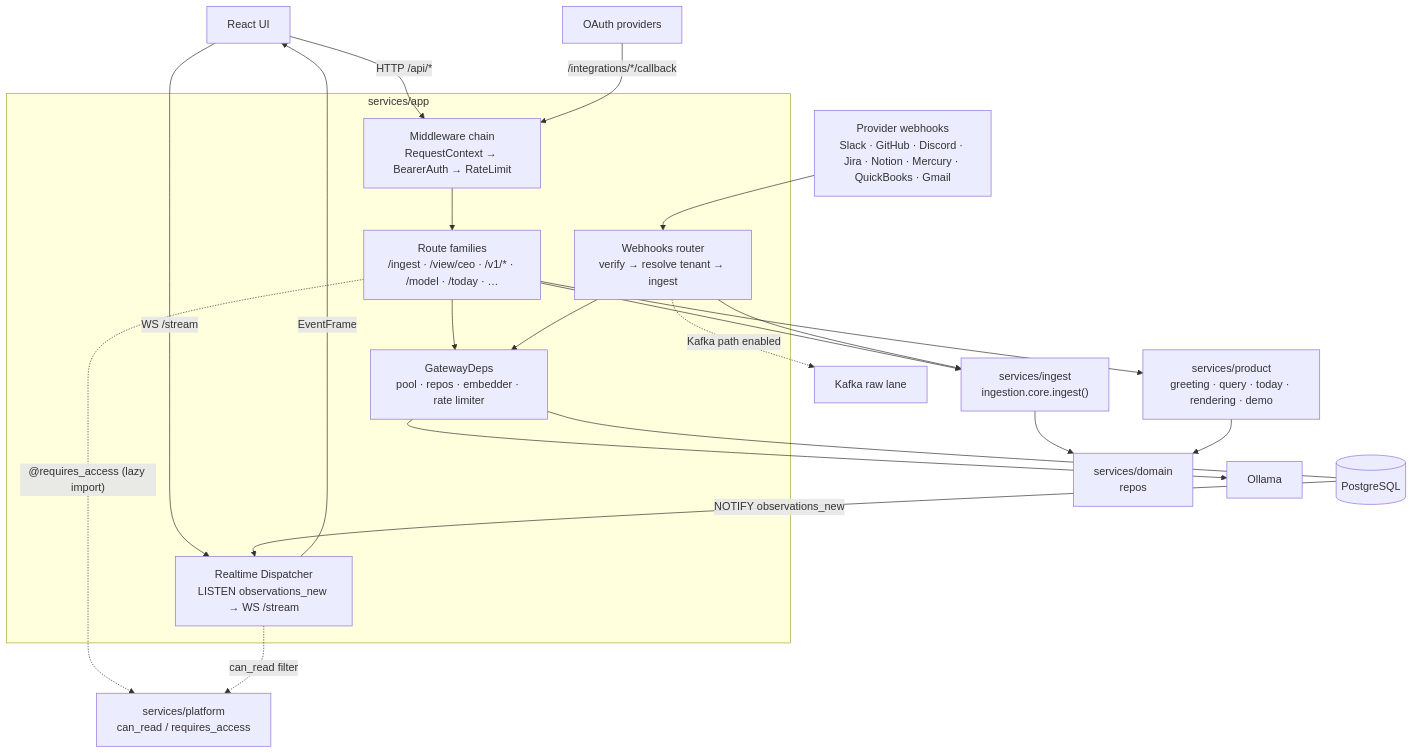
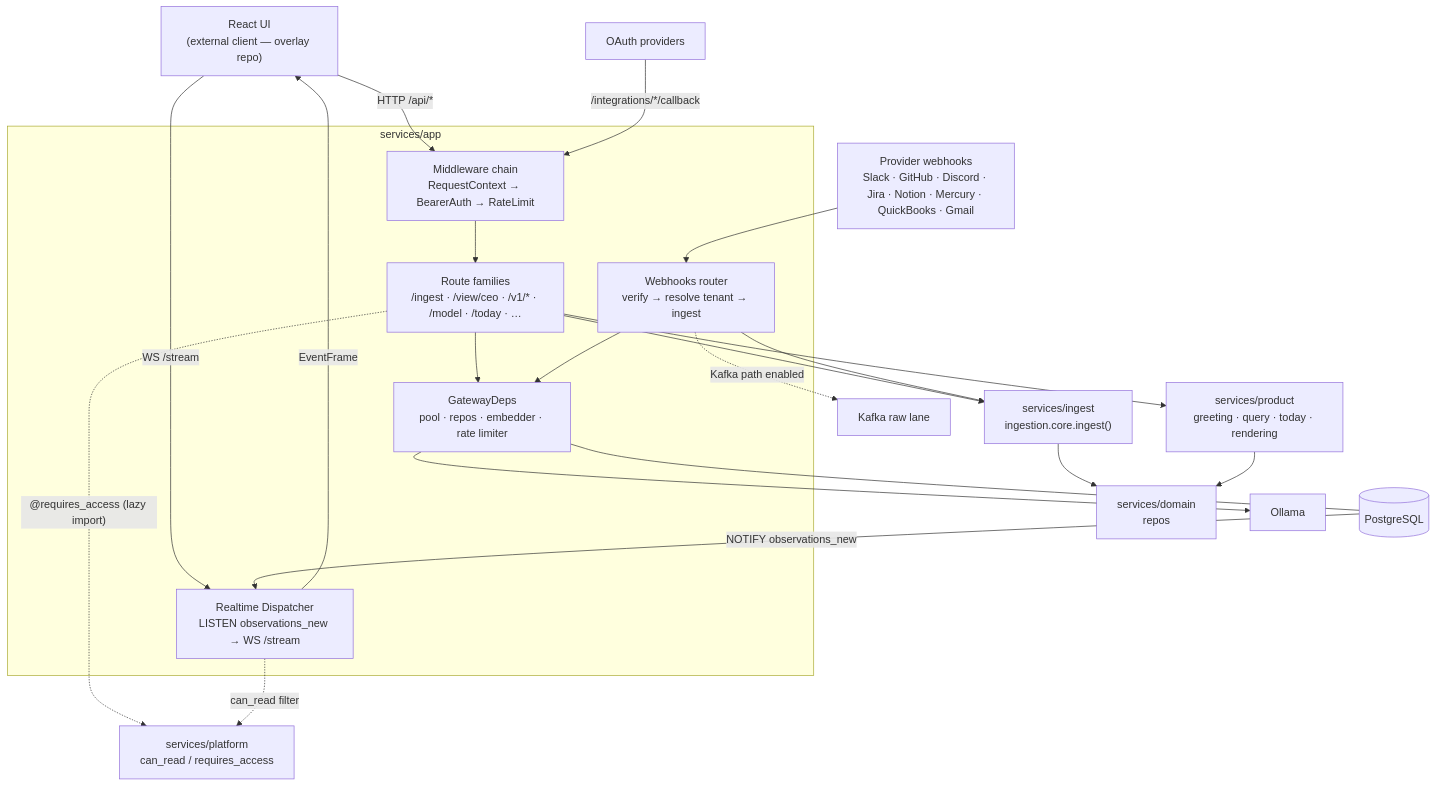
Before and after one commit to Fyralisinc/fyraliscore: the diagram in docs/architecture/app.md, drawn with Mermaid. The commit also changed other lines of this file and 356 other files, not shown here.

````diff
--- a/docs/architecture/app.md
+++ b/docs/architecture/app.md
@@ -54,42 +63,42 @@
 ```mermaid
 graph TD
-    UI["React UI"]
+    UI["React UI<br/>(external client — overlay repo)"]
     HOOKS["Provider webhooks<br/>Slack · GitHub · Discord · Jira · Notion · Mercury · QuickBooks · Gmail"]
     OAUTH["OAuth providers"]
 
     subgraph app["services/app"]
       MW["Middleware chain<br/>RequestContext → BearerAuth → RateLimit"]
       ROUTES["Route families<br/>/ingest · /view/ceo · /v1/* · /model · /today · …"]
       WHR["Webhooks router<br/>verify → resolve tenant → ingest"]
       DISP["Realtime Dispatcher<br/>LISTEN observations_new → WS /stream"]
       DEPS["GatewayDeps<br/>pool · repos · embedder · rate limiter"]
     end
 
     INGEST["services/ingest<br/>ingestion.core.ingest()"]
-    PRODUCT["services/product<br/>greeting · query · today · rendering · demo"]
+    PRODUCT["services/product<br/>greeting · query · today · rendering"]
     DOMAIN["services/domain<br/>repos"]
     PLATFORM["services/platform<br/>can_read / requires_access"]
     PG[("PostgreSQL")]
     OLLAMA["Ollama"]
     KAFKA["Kafka raw lane"]
 
     UI -->|"HTTP /api/*"| MW
     UI -->|"WS /stream"| DISP
     HOOKS --> WHR
     OAUTH -->|"/integrations/*/callback"| MW
     MW --> ROUTES
     ROUTES --> DEPS
     WHR --> DEPS
     ROUTES --> INGEST
     WHR --> INGEST
     WHR -. "Kafka path enabled" .-> KAFKA
     ROUTES --> PRODUCT
     INGEST --> DOMAIN
     PRODUCT --> DOMAIN
     DEPS --- PG
     DEPS --> OLLAMA
     ROUTES -. "@requires_access (lazy import)" .-> PLATFORM
     DISP -. "can_read filter" .-> PLATFORM
     PG -->|"NOTIFY observations_new"| DISP
     DISP -->|"EventFrame"| UI
 ```
````
